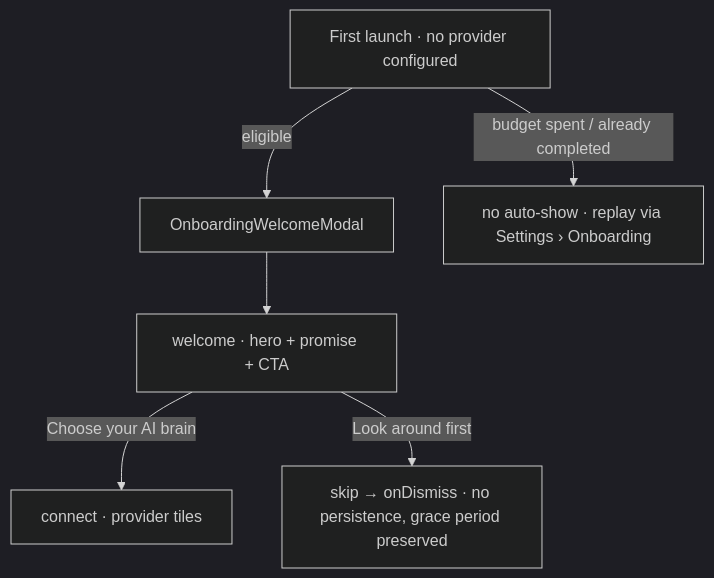
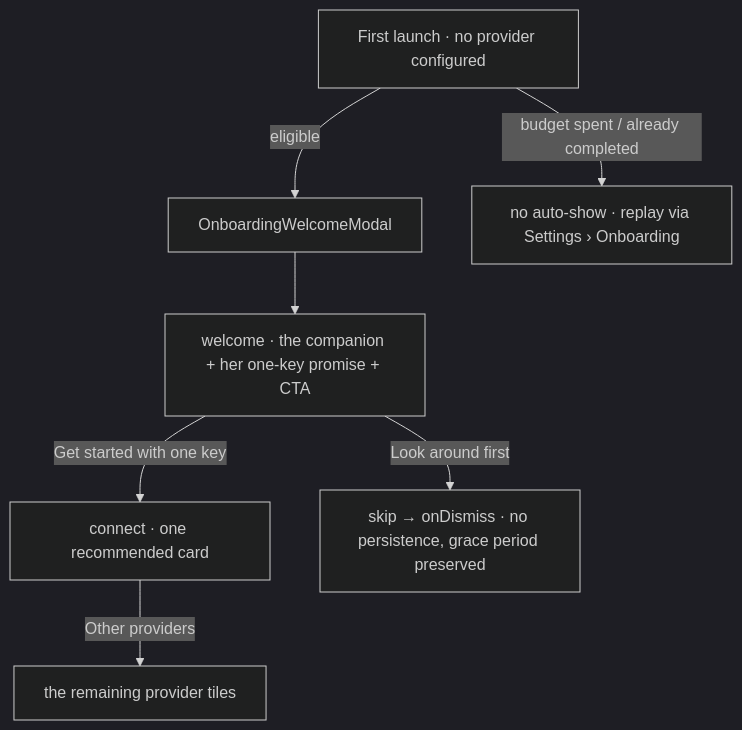
The diagram in knowledge/features/onboarding.md (matthiasn/lotti), drawn with Mermaid (dark theme) before and after one commit. The commit also changed other lines of this file and 45 other files, not shown here.

Commit message:
feat(onboarding): Lotti leads the welcome and recommends the one key

````diff
--- a/knowledge/features/onboarding.md
+++ b/knowledge/features/onboarding.md
@@ -38,8 +38,9 @@
 ```mermaid
 flowchart TD
     L[First launch · no provider configured] -->|eligible| W[OnboardingWelcomeModal]
     L -->|budget spent / already completed| NONE[no auto-show · replay via Settings › Onboarding]
-    W --> WL[welcome · hero + promise + CTA]
-    WL -->|Choose your AI brain| CN[connect · provider tiles]
+    W --> WL[welcome · the companion + her one-key promise + CTA]
+    WL -->|Get started with one key| CN[connect · one recommended card]
+    CN -->|Other providers| CNO[the remaining provider tiles]
     WL -->|Look around first| SK[skip → onDismiss · no persistence, grace period preserved]
 ```
````
